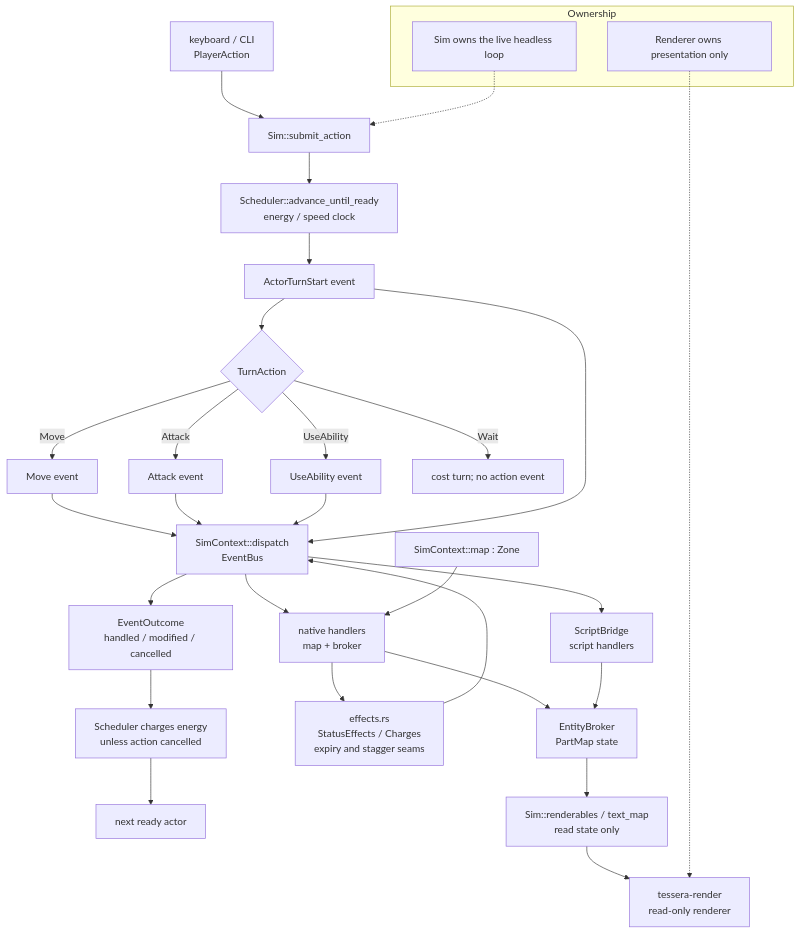
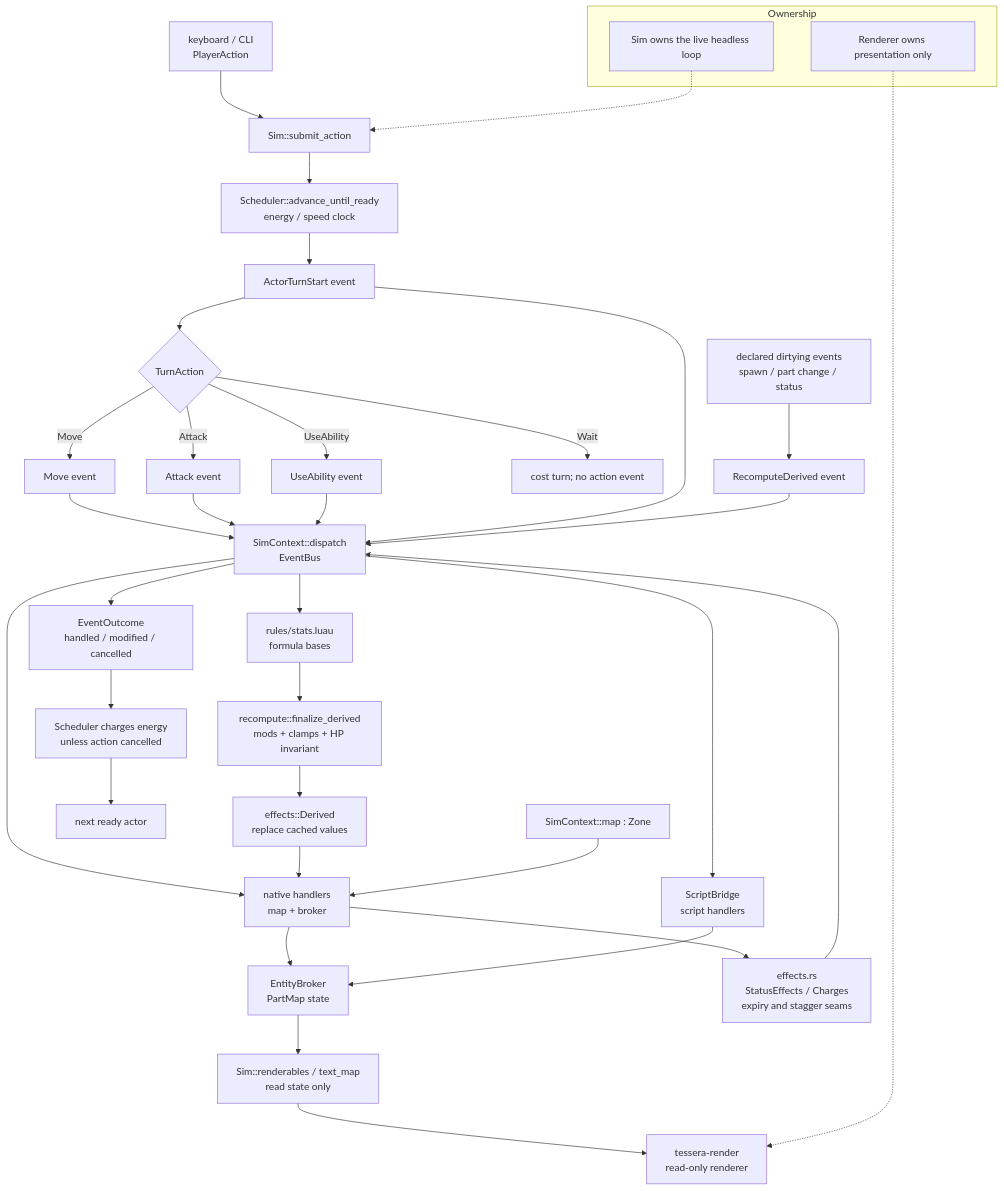
One commit to jffjs-hermes/tessera changed the diagram in docs/design/runtime.md. Above: the diagram before and after it, drawn with Mermaid. The commit also changed other lines of this file and 8 other files, not shown here.

Commit message:
docs: close S1 and refresh design diagrams

````diff
--- a/docs/design/runtime.md
+++ b/docs/design/runtime.md
@@ -5,34 +5,40 @@
 ```mermaid
 flowchart TD
     Input["keyboard / CLI\nPlayerAction"] --> Submit["Sim::submit_action"]
     Submit --> Advance["Scheduler::advance_until_ready\nenergy / speed clock"]
     Advance --> Start["ActorTurnStart event"]
     Start --> Action{TurnAction}
     Action -->|Move| Move["Move event"]
     Action -->|Attack| Attack["Attack event"]
     Action -->|UseAbility| Ability["UseAbility event"]
     Action -->|Wait| Wait["cost turn; no action event"]
     Move --> Bus["SimContext::dispatch\nEventBus"]
     Attack --> Bus
     Ability --> Bus
     Start --> Bus
     Bus --> Native["native handlers\nmap + broker"]
     Bus --> Script["ScriptBridge\nscript handlers"]
     Native --> Broker["EntityBroker\nPartMap state"]
     Native --> Effects["effects.rs\nStatusEffects / Charges\nexpiry and stagger seams"]
     Script --> Broker
     Effects --> Bus
+    Dirty["declared dirtying events\nspawn / part change / status"] --> Recompute["RecomputeDerived event"]
+    Recompute --> Bus
+    Bus --> Rules["rules/stats.luau\nformula bases"]
+    Rules --> Finalize["recompute::finalize_derived\nmods + clamps + HP invariant"]
+    Finalize --> Cache["effects::Derived\nreplace cached values"]
+    Cache --> Native
     Bus --> Outcome["EventOutcome\nhandled / modified / cancelled"]
     Outcome --> Charge["Scheduler charges energy\nunless action cancelled"]
     Charge --> Next["next ready actor"]
     Broker --> Read["Sim::renderables / text_map\nread state only"]
     Zone["SimContext::map : Zone"] --> Native
     Read --> Renderer["tessera-render\nread-only renderer"]
 
     subgraph Ownership[Ownership]
         SimOwner["Sim owns the live headless loop"]
         RendererOwner["Renderer owns presentation only"]
     end
     SimOwner -.-> Submit
     RendererOwner -.-> Renderer
 ```
````
